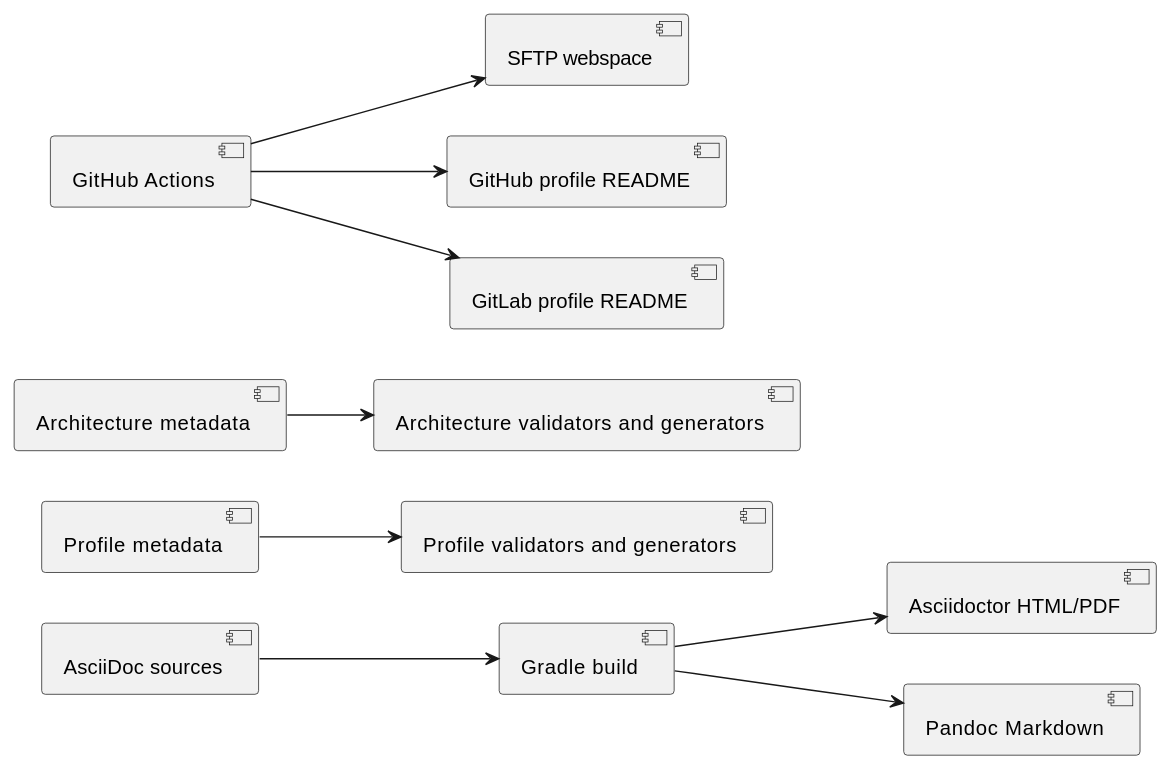
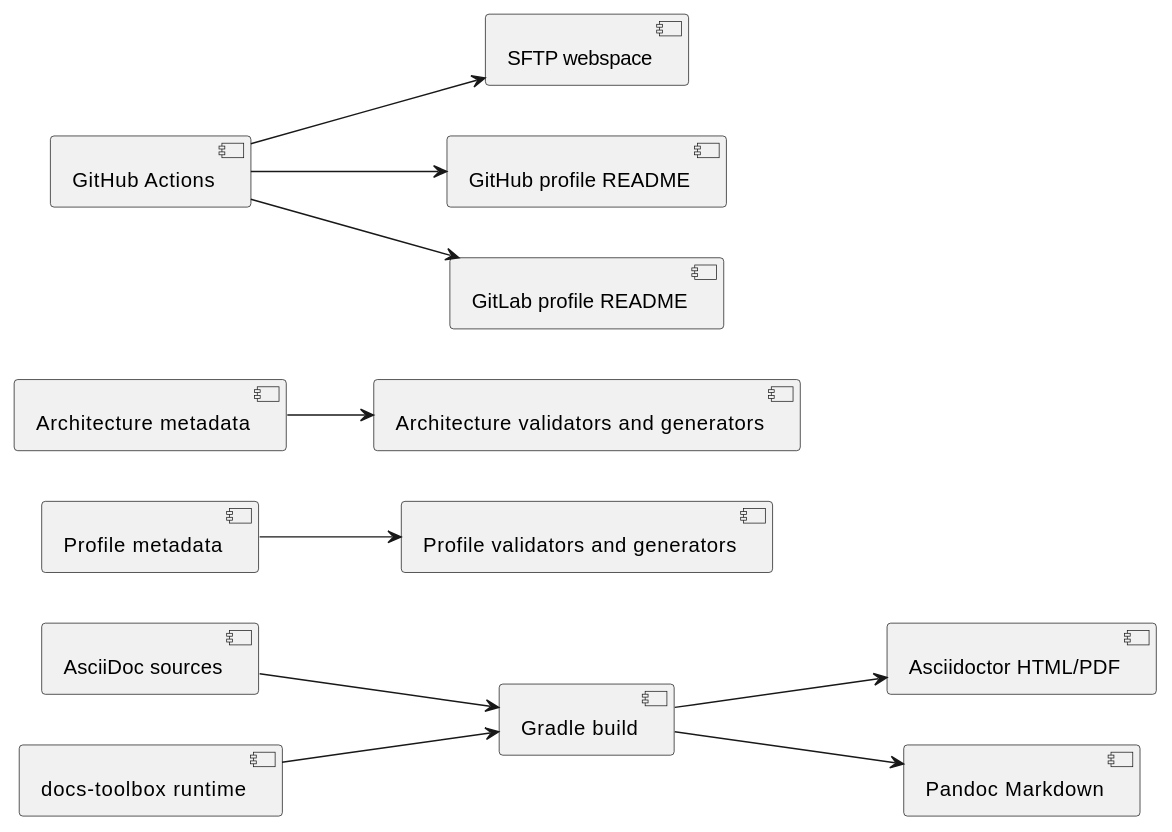
One commit to dieterbaier/profile changed the second of 2 diagrams in src-content/docs/arc42/doc-03000-system-scope-and-context.adoc. Above: the diagram before and after it, drawn with PlantUML. The commit also changed 5 other files, not shown here.

```diff
--- a/src-content/docs/arc42/doc-03000-system-scope-and-context.adoc
+++ b/src-content/docs/arc42/doc-03000-system-scope-and-context.adoc
@@ -38,14 +38,15 @@
 [plantuml]
 ----
 @startuml
 left to right direction
 [AsciiDoc sources] --> [Gradle build]
 [Profile metadata] --> [Profile validators and generators]
 [Architecture metadata] --> [Architecture validators and generators]
 [Gradle build] --> [Asciidoctor HTML/PDF]
 [Gradle build] --> [Pandoc Markdown]
+[docs-toolbox runtime] --> [Gradle build]
 [GitHub Actions] --> [SFTP webspace]
 [GitHub Actions] --> [GitHub profile README]
 [GitHub Actions] --> [GitLab profile README]
 @enduml
 ----
```
